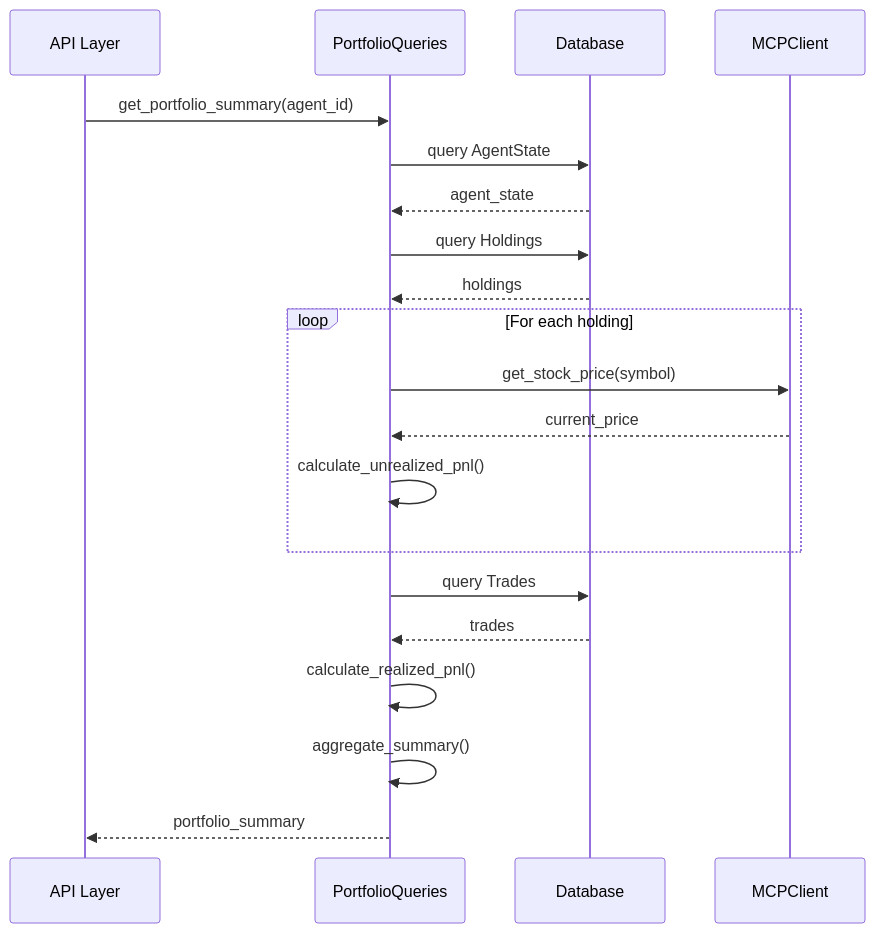
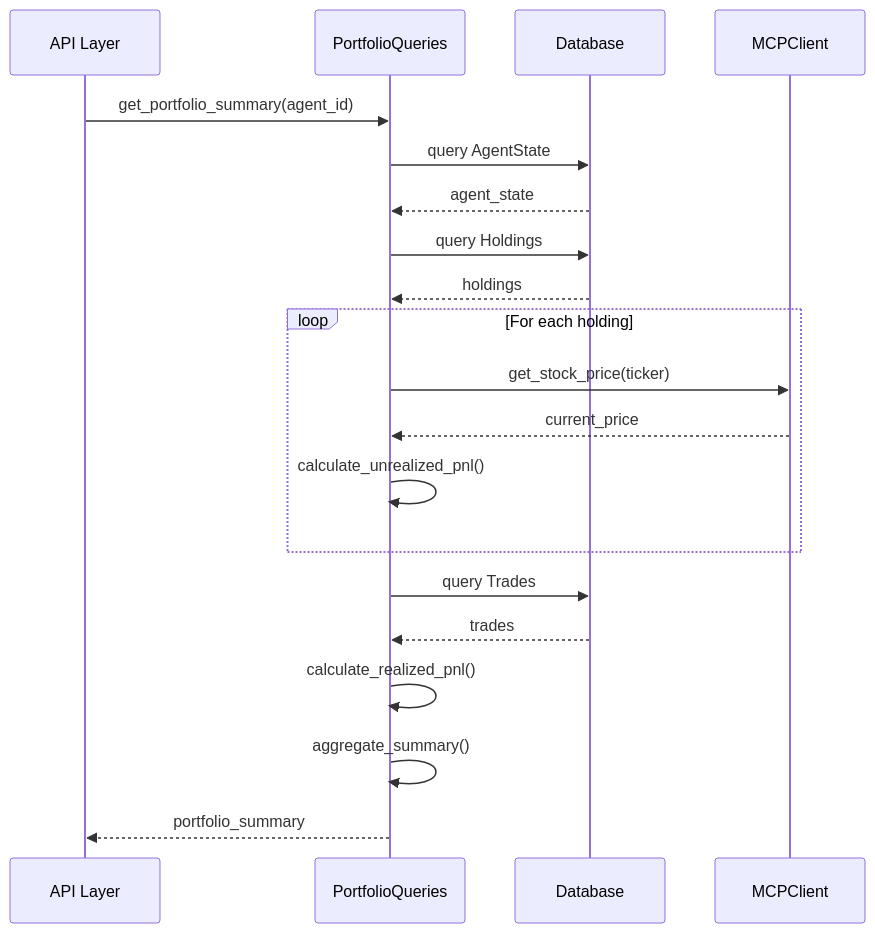
Before and after one commit to sacahan/CasualTrader: the third of 4 diagrams in docs/AGENTS_ARCHITECTURE.md, drawn with Mermaid. The commit also changed other lines of this file and 30 other files, not shown here.

First line of the commit message:
refactor: rename 'symbol' to 'ticker' across the codebase for consistency

````diff
--- a/docs/AGENTS_ARCHITECTURE.md
+++ b/docs/AGENTS_ARCHITECTURE.md
@@ -894,28 +894,28 @@
 ```mermaid
 sequenceDiagram
     participant API as API Layer
     participant PQ as PortfolioQueries
     participant DB as Database
     participant MCP as MCPClient
 
     API->>PQ: get_portfolio_summary(agent_id)
 
     PQ->>DB: query AgentState
     DB-->>PQ: agent_state
 
     PQ->>DB: query Holdings
     DB-->>PQ: holdings
 
     loop For each holding
-        PQ->>MCP: get_stock_price(symbol)
+        PQ->>MCP: get_stock_price(ticker)
         MCP-->>PQ: current_price
         PQ->>PQ: calculate_unrealized_pnl()
     end
 
     PQ->>DB: query Trades
     DB-->>PQ: trades
     PQ->>PQ: calculate_realized_pnl()
 
     PQ->>PQ: aggregate_summary()
     PQ-->>API: portfolio_summary
 ```
````
